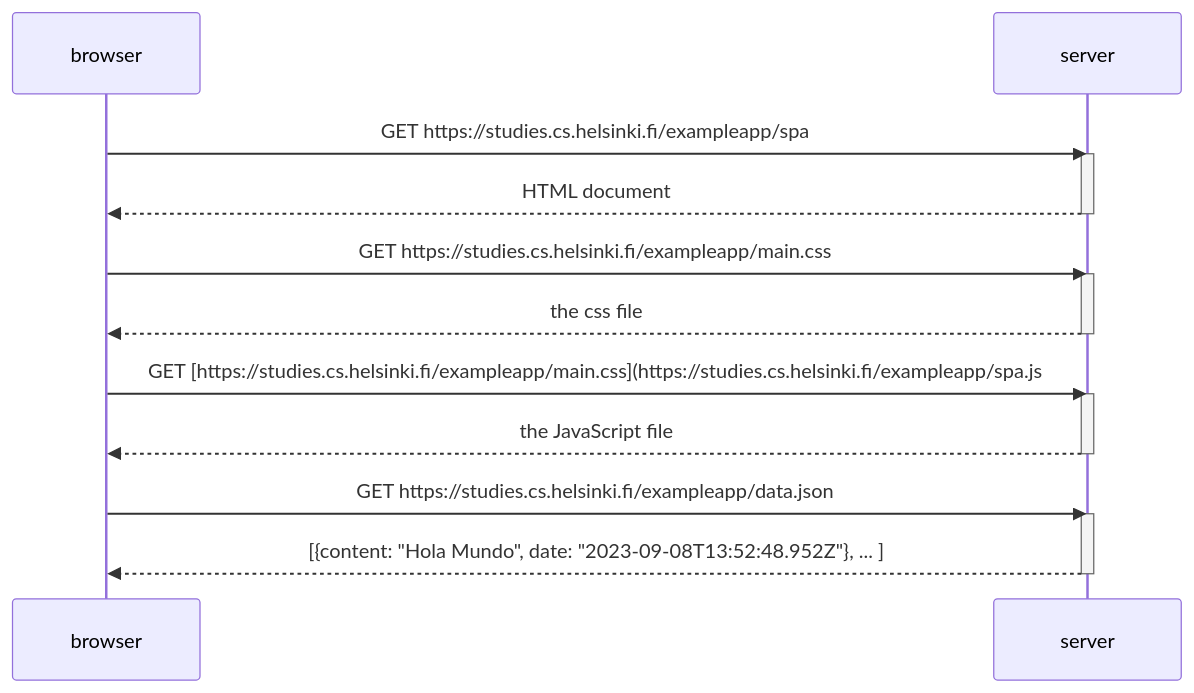
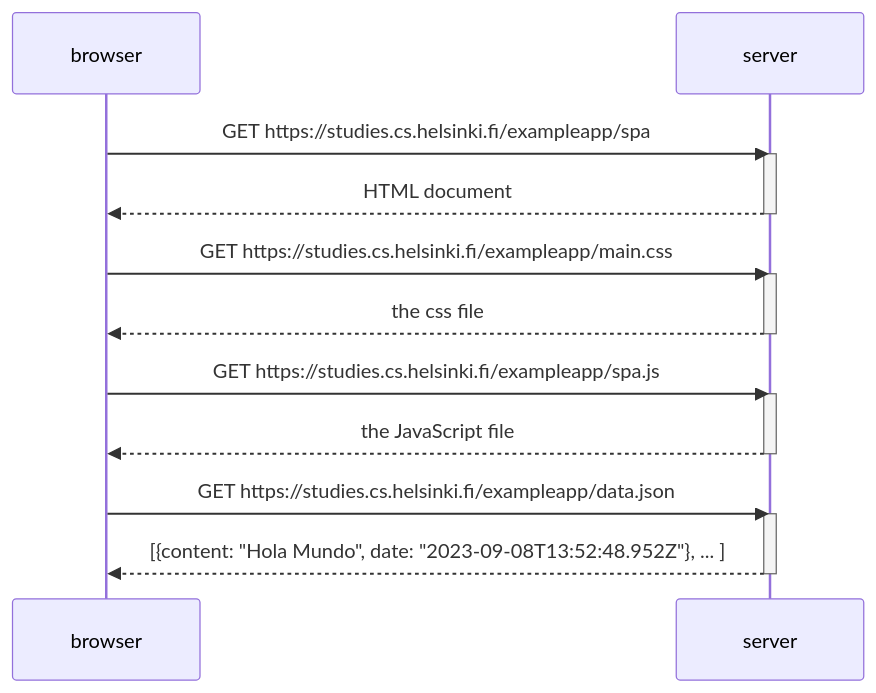
The diagram in 0.5.md (patrickrooney09/fsoex0.1-0.6), drawn with Mermaid before and after one commit.

````diff
--- a/0.5.md
+++ b/0.5.md
@@ -1,31 +1,31 @@
 ```mermaid
 sequenceDiagram
     participant browser
     participant server
 
     browser->>server: GET https://studies.cs.helsinki.fi/exampleapp/spa
 
     activate server
     server-->>browser: HTML document
     deactivate server
 
     browser->>server: GET https://studies.cs.helsinki.fi/exampleapp/main.css
 
     activate server
     server-->>browser: the css file
     deactivate server
 
-    browser->>server: GET [https://studies.cs.helsinki.fi/exampleapp/main.css](https://studies.cs.helsinki.fi/exampleapp/spa.js
-)
+    browser->>server: GET https://studies.cs.helsinki.fi/exampleapp/spa.js
+
 
     activate server
     server-->>browser: the JavaScript file
     deactivate server
 
     
 
     browser->>server: GET https://studies.cs.helsinki.fi/exampleapp/data.json
     activate server
     server-->>browser: [{content: "Hola Mundo", date: "2023-09-08T13:52:48.952Z"}, ... ]
     deactivate server
 ```
````
